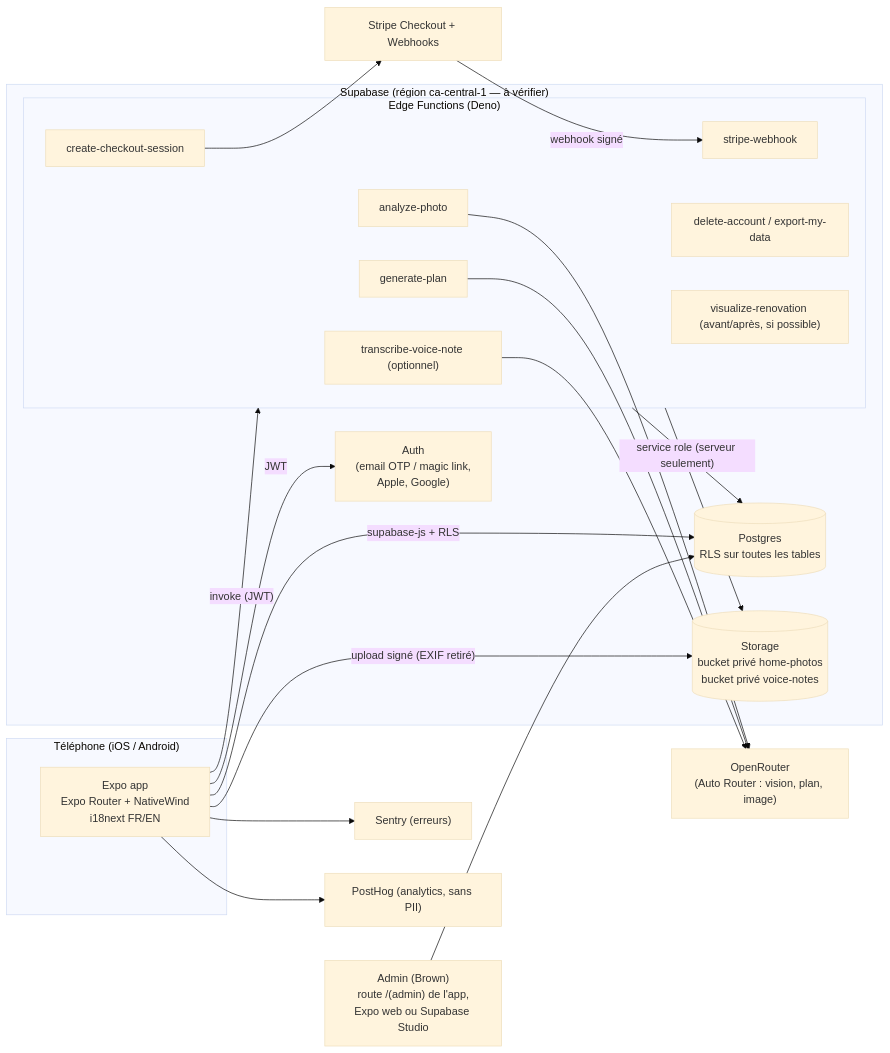
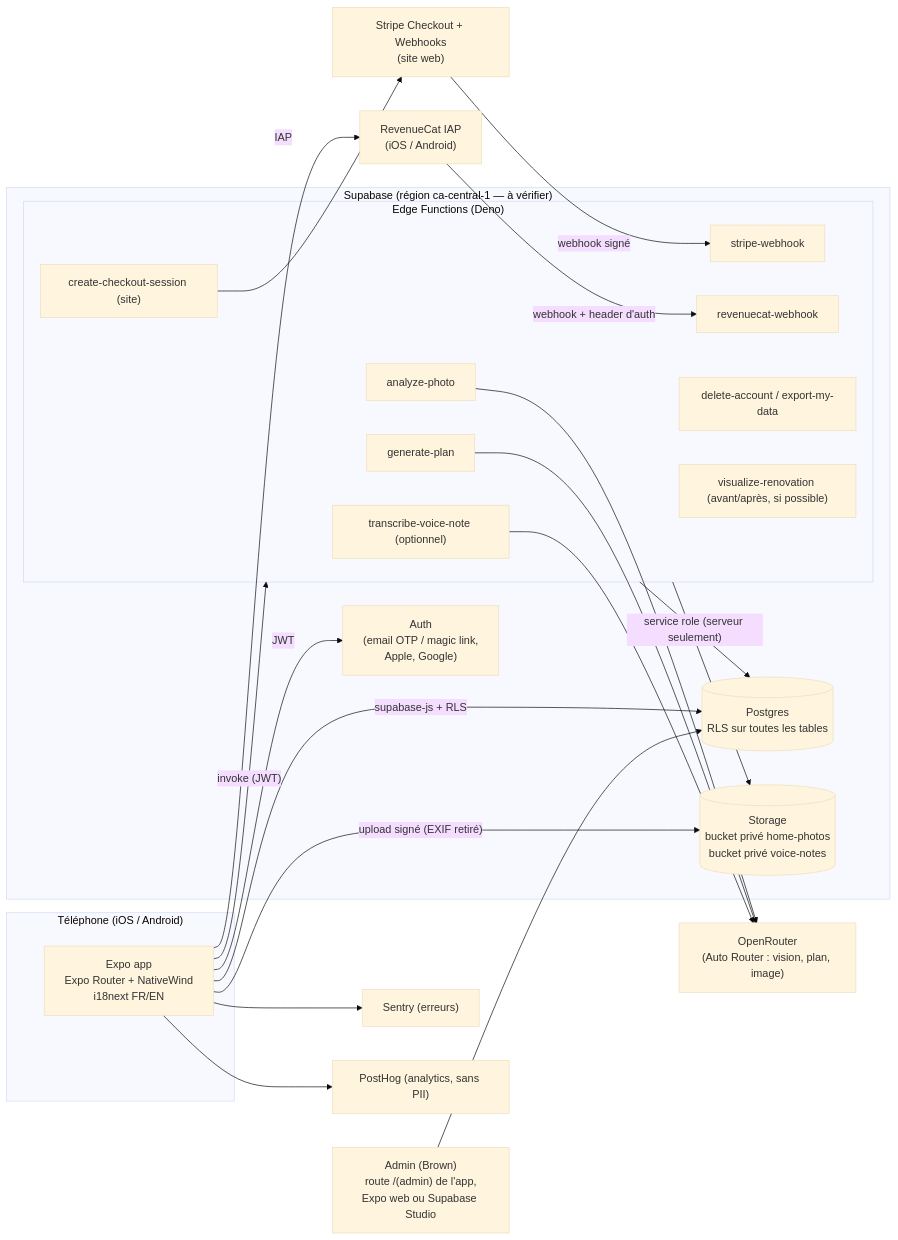
Before and after one commit to VernoB/renoroute: the first of 2 diagrams in docs/01-architecture.md, drawn with Mermaid (base theme). The commit also changed other lines of this file and 7 other files, not shown here.

Commit message:
M4-00: record hybrid RevenueCat app and Stripe website payments

````diff
--- a/docs/01-architecture.md
+++ b/docs/01-architecture.md
@@ -14,40 +14,44 @@
 ```mermaid
 flowchart LR
   subgraph Device["Téléphone (iOS / Android)"]
     App["Expo app<br/>Expo Router + NativeWind<br/>i18next FR/EN"]
   end
 
   subgraph Supabase["Supabase (région ca-central-1 — à vérifier)"]
     Auth["Auth<br/>(email OTP / magic link,<br/>Apple, Google)"]
     DB[("Postgres<br/>RLS sur toutes les tables")]
     Storage[("Storage<br/>bucket privé home-photos<br/>bucket privé voice-notes")]
     subgraph EF["Edge Functions (Deno)"]
       F1["analyze-photo"]
       F2["generate-plan"]
-      F3["create-checkout-session"]
+      F3["create-checkout-session (site)"]
       F4["stripe-webhook"]
+      F4b["revenuecat-webhook"]
       F5["delete-account / export-my-data"]
       F6["transcribe-voice-note (optionnel)"]
       F7["visualize-renovation (avant/après, si possible)"]
     end
   end
 
   AI["OpenRouter<br/>(Auto Router : vision, plan, image)"]
-  Stripe["Stripe Checkout + Webhooks"]
+  Stripe["Stripe Checkout + Webhooks<br/>(site web)"]
+  RevenueCat["RevenueCat IAP<br/>(iOS / Android)"]
   Sentry["Sentry (erreurs)"]
   PostHog["PostHog (analytics, sans PII)"]
   Admin["Admin (Brown)<br/>route /(admin) de l'app,<br/>Expo web ou Supabase Studio"]
 
   App -- "JWT" --> Auth
   App -- "supabase-js + RLS" --> DB
   App -- "upload signé (EXIF retiré)" --> Storage
   App -- "invoke (JWT)" --> EF
+  App -- "IAP" --> RevenueCat
   EF -- "service role (serveur seulement)" --> DB
   EF --> Storage
   F1 & F2 & F6 --> AI
   F3 --> Stripe
   Stripe -- "webhook signé" --> F4
+  RevenueCat -- "webhook + header d'auth" --> F4b
   App --> Sentry
   App --> PostHog
   Admin --> DB
 ```
````
